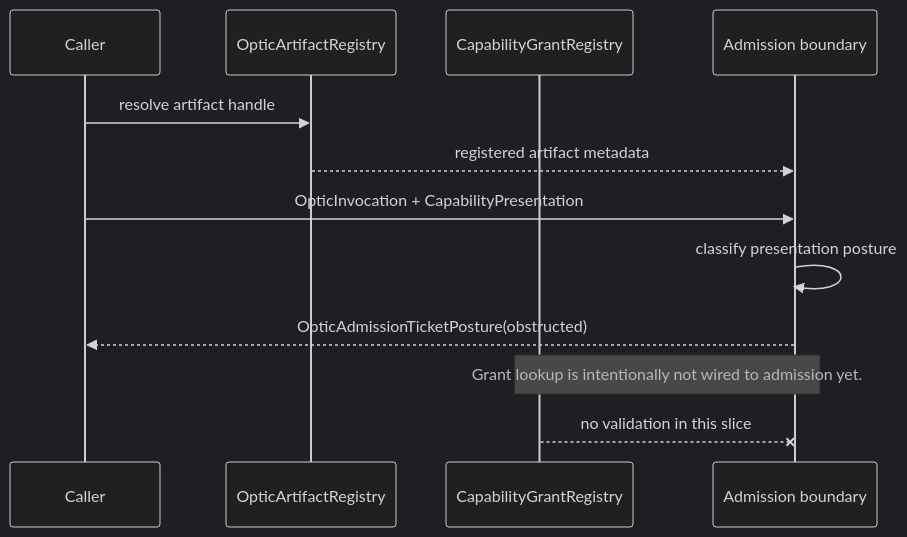
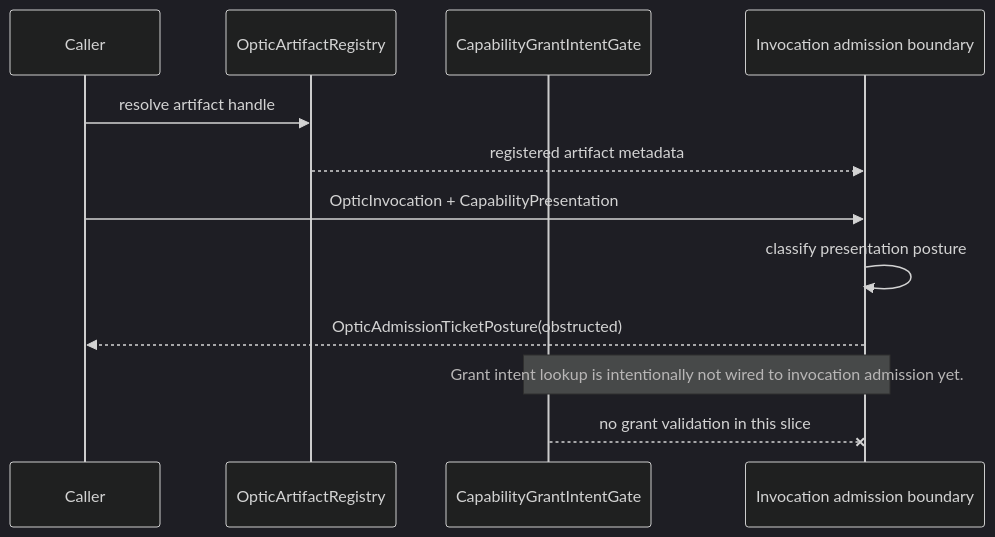
One commit to flyingrobots/echo changed the third of 5 diagrams in docs/design/optic-capability-grant-registry.md. Above: the diagram before and after it, drawn with Mermaid (dark theme). The commit also changed other lines of this file and 5 other files, not shown here.

Commit message:
feat(core): add capability grant intent obstruction skeleton

````diff
--- a/docs/design/optic-capability-grant-registry.md
+++ b/docs/design/optic-capability-grant-registry.md
@@ -95,16 +116,16 @@
 ```mermaid
 sequenceDiagram
   participant C as Caller
   participant A as OpticArtifactRegistry
-  participant G as CapabilityGrantRegistry
-  participant B as Admission boundary
+  participant G as CapabilityGrantIntentGate
+  participant B as Invocation admission boundary
 
   C->>A: resolve artifact handle
   A-->>B: registered artifact metadata
   C->>B: OpticInvocation + CapabilityPresentation
   B->>B: classify presentation posture
   B-->>C: OpticAdmissionTicketPosture(obstructed)
 
-  Note over G,B: Grant lookup is intentionally not wired to admission yet.
-  G--xB: no validation in this slice
+  Note over G,B: Grant intent lookup is intentionally not wired to invocation admission yet.
+  G--xB: no grant validation in this slice
 ```
````
